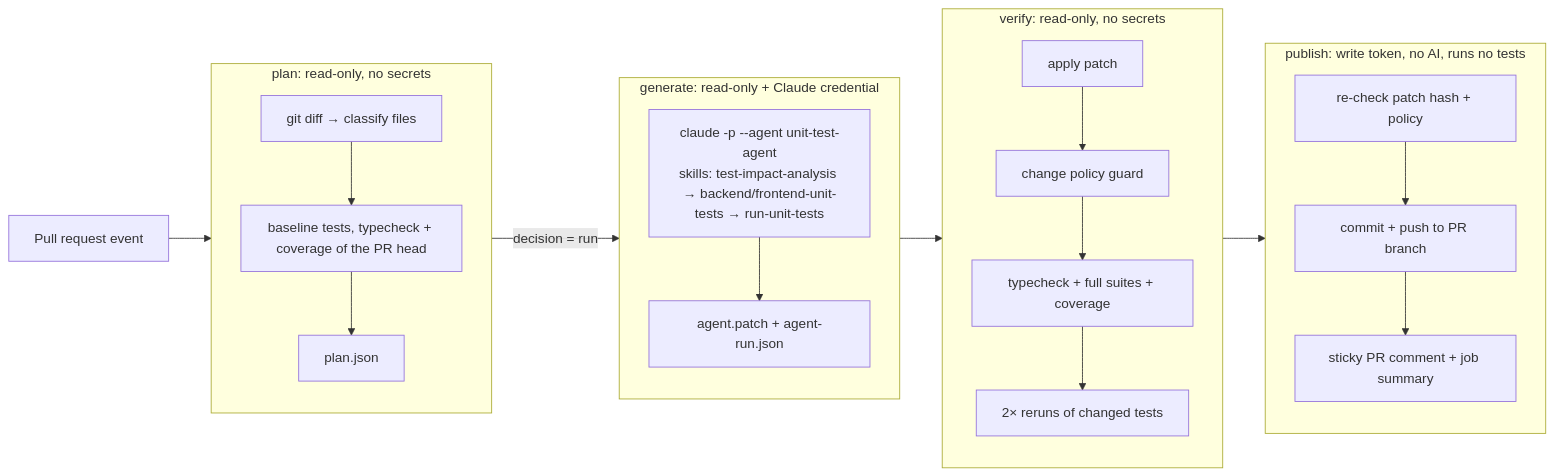
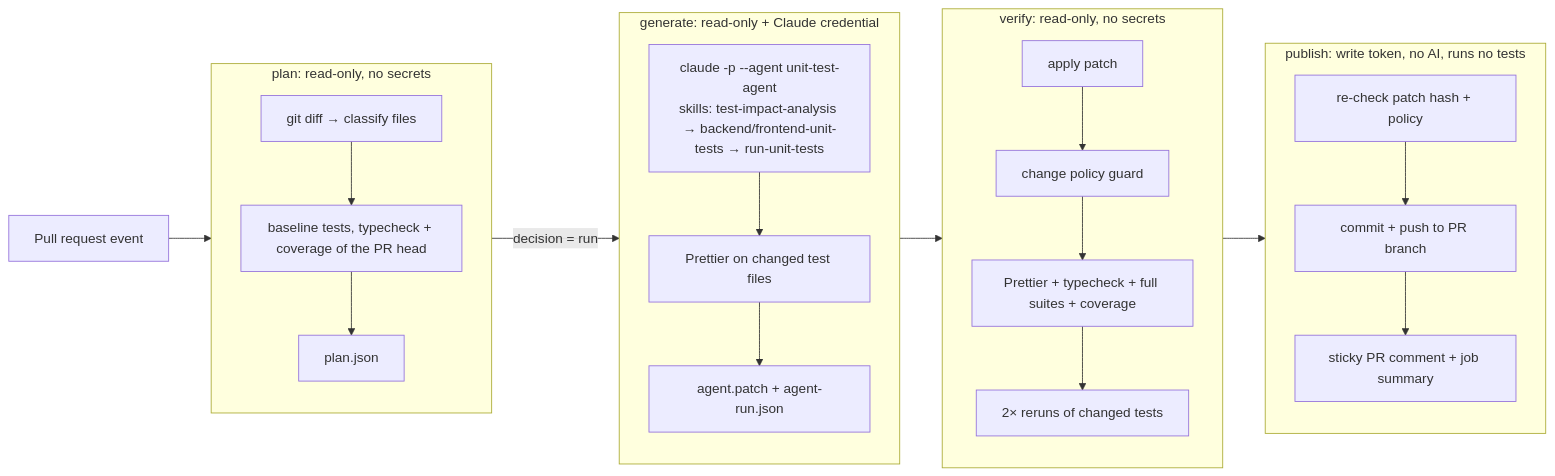
One commit to webguru11124/taskly-app-node changed the diagram in SOLUTION.md. Above: the diagram before and after it, drawn with Mermaid. The commit also changed other lines of this file and 2 other files, not shown here.

First line of the commit message:
docs: report the agent's real runs in SOLUTION.md

````diff
--- a/SOLUTION.md
+++ b/SOLUTION.md
@@ -16,19 +17,19 @@
 ```mermaid
 flowchart LR
   PR[Pull request event] --> P
   subgraph P[plan: read-only, no secrets]
     D[git diff → classify files] --> C[baseline tests, typecheck + coverage of the PR head] --> J[plan.json]
   end
   P -->|decision = run| G
   subgraph G[generate: read-only + Claude credential]
-    A["claude -p --agent unit-test-agent<br/>skills: test-impact-analysis → backend/frontend-unit-tests → run-unit-tests"] --> X[agent.patch + agent-run.json]
+    A["claude -p --agent unit-test-agent<br/>skills: test-impact-analysis → backend/frontend-unit-tests → run-unit-tests"] --> F[Prettier on changed test files] --> X[agent.patch + agent-run.json]
   end
   G --> V
   subgraph V[verify: read-only, no secrets]
-    V1[apply patch] --> V2[change policy guard] --> V3[typecheck + full suites + coverage] --> V4[2× reruns of changed tests]
+    V1[apply patch] --> V2[change policy guard] --> V3[Prettier + typecheck + full suites + coverage] --> V4[2× reruns of changed tests]
   end
   V --> U
   subgraph U[publish: write token, no AI, runs no tests]
     U1[re-check patch hash + policy] --> U2[commit + push to PR branch] --> U3[sticky PR comment + job summary]
   end
 ```
````
